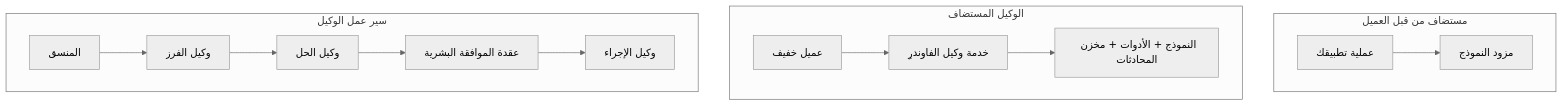
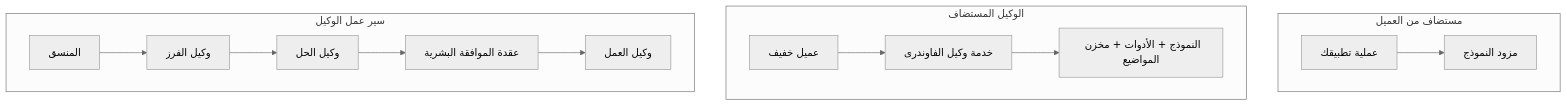
The first of 4 diagrams in mirrors/repos/microsoft@ai-agents-for-beginners/translations/ar/16-deploying-scalable-agents/README.md (gabrielmoreira/agent-skills-mirror), drawn with Mermaid (neutral theme) before and after one commit. The commit also changed other lines of this file and 4262 other files, not shown here.

````diff
--- a/mirrors/repos/microsoft@ai-agents-for-beginners/translations/ar/16-deploying-scalable-agents/README.md
+++ b/mirrors/repos/microsoft@ai-agents-for-beginners/translations/ar/16-deploying-scalable-agents/README.md
@@ -87,16 +87,16 @@
 ```mermaid
 flowchart TB
-    subgraph P1[مستضاف من قبل العميل]
+    subgraph P1[مستضاف من العميل]
         A1[عملية تطبيقك] --> M1[مزود النموذج]
     end
     subgraph P2[الوكيل المستضاف]
-        A2[عميل خفيف] --> F2[خدمة وكيل الفاوندرِ]
-        F2 --> M2[النموذج + الأدوات + مخزن المحادثات]
+        A2[عميل خفيف] --> F2[خدمة وكيل الفاوندرى]
+        F2 --> M2[النموذج + الأدوات + مخزن المواضيع]
     end
     subgraph P3[سير عمل الوكيل]
         A3[المنسق] --> S1[وكيل الفرز]
         S1 --> S2[وكيل الحل]
         S2 --> H[عقدة الموافقة البشرية]
-        H --> S3[وكيل الإجراء]
+        H --> S3[وكيل العمل]
     end
 ```
````
